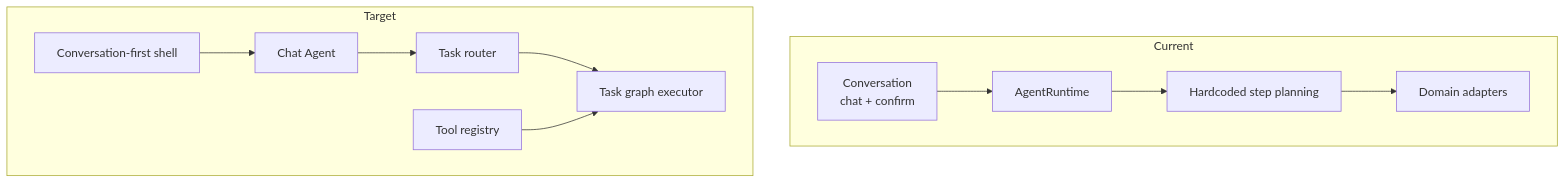
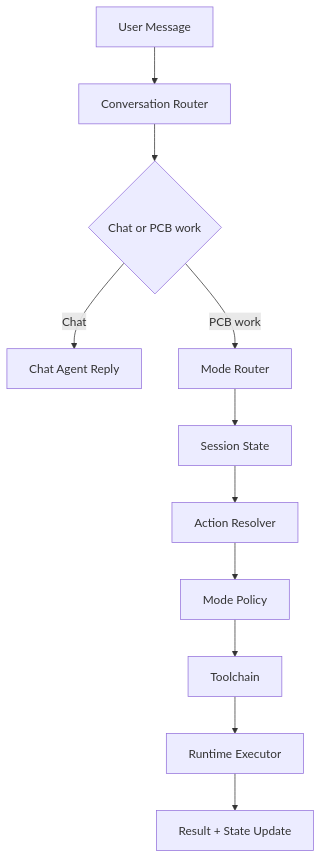
The diagram in docs/architecture/agent-architecture.md (yuanmk26/OpenPCB), drawn with Mermaid before and after one commit. The commit also changed other lines of this file and 5 other files, not shown here.

Commit message:
docs: add mode-action architecture design

````diff
--- a/docs/architecture/agent-architecture.md
+++ b/docs/architecture/agent-architecture.md
@@ -91,18 +143,13 @@
 ```mermaid
 flowchart TD
-    subgraph Current
-        C1[Conversation\nchat + confirm] --> C2[AgentRuntime]
-        C2 --> C3[Hardcoded step planning]
-        C3 --> C4[Domain adapters]
-    end
-
-    subgraph Target
-        T1[Conversation-first shell]
-        T2[Chat Agent]
-        T3[Task router]
-        T4[Tool registry]
-        T5[Task graph executor]
-        T1 --> T2 --> T3 --> T5
-        T4 --> T5
-    end
+    U[User Message] --> R[Conversation Router]
+    R --> D{Chat or PCB work}
+    D -->|Chat| C[Chat Agent Reply]
+    D -->|PCB work| M[Mode Router]
+    M --> S[Session State]
+    S --> A[Action Resolver]
+    A --> P[Mode Policy]
+    P --> T[Toolchain]
+    T --> X[Runtime Executor]
+    X --> O[Result + State Update]
 ```
````
